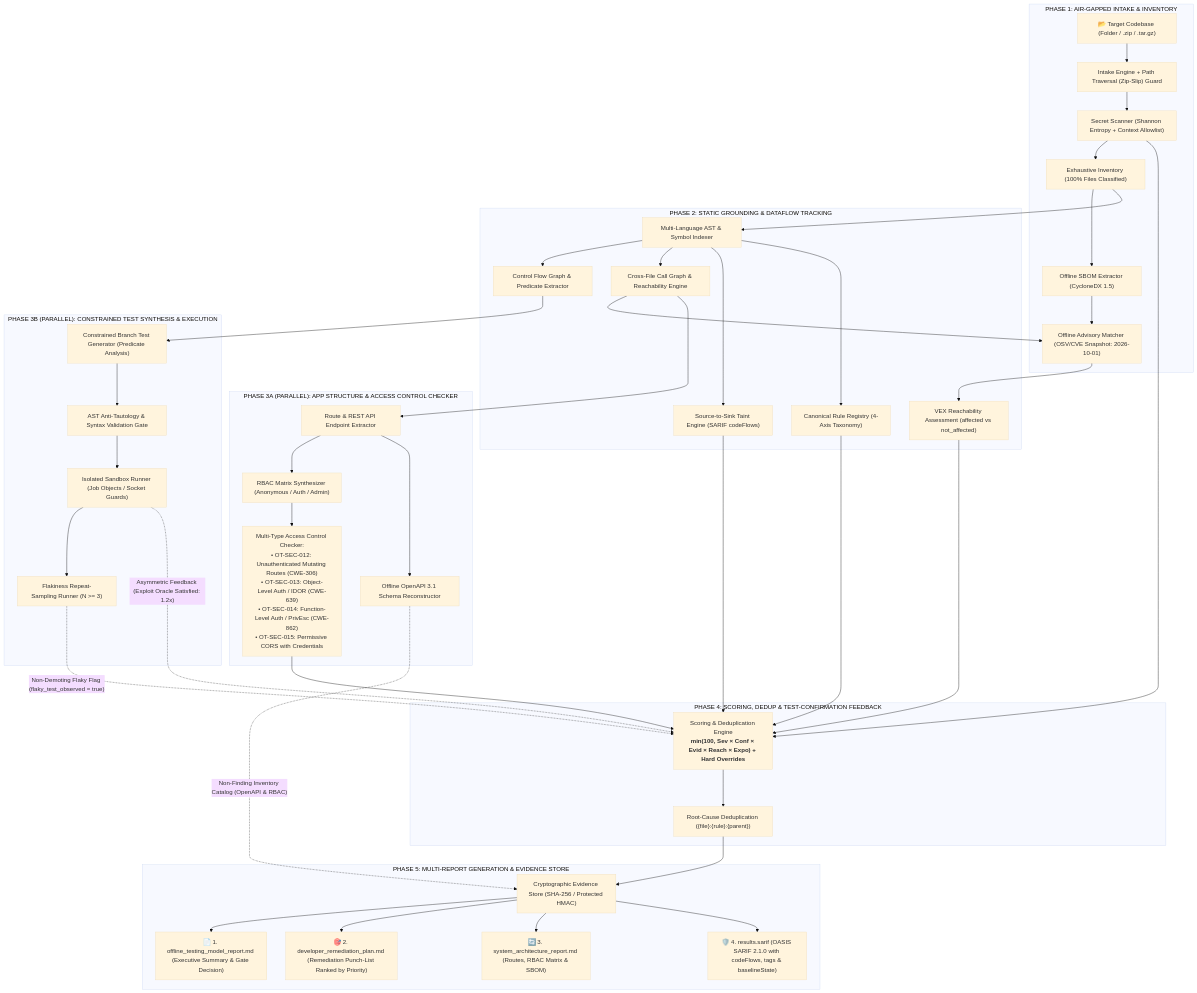
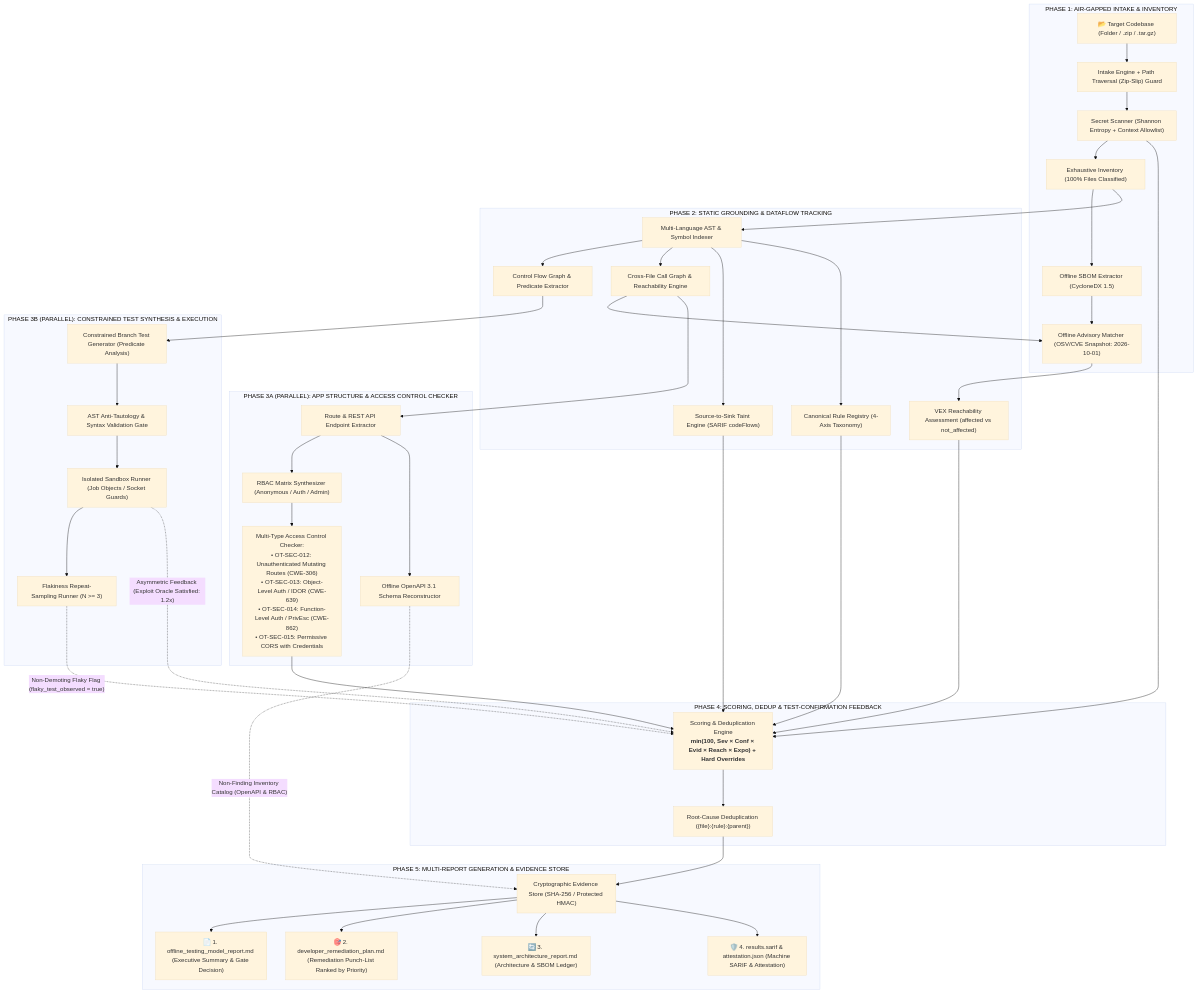
Before and after one commit to vishalbhardwaj-source/Offline-Model-Test: the diagram in README.md, drawn with Mermaid (base theme). The commit also changed other lines of this file and 1 other file, not shown here.

Commit message:
docs: align report descriptions with diagram, document non-finding inventory route, and harmonize architecture details

````diff
--- a/README.md
+++ b/README.md
@@ -32,60 +32,60 @@
 ```mermaid
 flowchart TD
     subgraph P1["PHASE 1: AIR-GAPPED INTAKE & INVENTORY"]
         Target["📂 Target Codebase (Folder / .zip / .tar.gz)"] --> IntakeEngine["Intake Engine + Path Traversal (Zip-Slip) Guard"]
         IntakeEngine --> SecretScan["Secret Scanner (Shannon Entropy + Context Allowlist)"]
         SecretScan --> InvEngine["Exhaustive Inventory (100% Files Classified)"]
         InvEngine --> SBOMGen["Offline SBOM Extractor (CycloneDX 1.5)"]
         SBOMGen --> AdvisoryMatcher["Offline Advisory Matcher (OSV/CVE Snapshot: 2026-10-01)"]
     end
 
     subgraph P2["PHASE 2: STATIC GROUNDING & DATAFLOW TRACKING"]
         InvEngine --> ASTParser["Multi-Language AST & Symbol Indexer"]
         ASTParser --> CFG["Control Flow Graph & Predicate Extractor"]
         ASTParser --> CallGraph["Cross-File Call Graph & Reachability Engine"]
         ASTParser --> TaintEngine["Source-to-Sink Taint Engine (SARIF codeFlows)"]
         ASTParser --> RuleRegistry["Canonical Rule Registry (4-Axis Taxonomy)"]
         CallGraph --> AdvisoryMatcher
         AdvisoryMatcher --> VEXStatus["VEX Reachability Assessment (affected vs not_affected)"]
     end
 
     %% Parallel Execution Fork from Phase 2
     CallGraph --> RouteExtract
     CFG --> TestGen
 
     subgraph P3A["PHASE 3A (PARALLEL): APP STRUCTURE & ACCESS CONTROL CHECKER"]
         RouteExtract["Route & REST API Endpoint Extractor"] --> RBAC["RBAC Matrix Synthesizer (Anonymous / Auth / Admin)"]
         RBAC --> RBACFindings["Multi-Type Access Control Checker:<br/>• OT-SEC-012: Unauthenticated Mutating Routes (CWE-306)<br/>• OT-SEC-013: Object-Level Auth / IDOR (CWE-639)<br/>• OT-SEC-014: Function-Level Auth / PrivEsc (CWE-862)<br/>• OT-SEC-015: Permissive CORS with Credentials"]
         RouteExtract --> OpenAPI["Offline OpenAPI 3.1 Schema Reconstructor"]
     end
 
     subgraph P3B["PHASE 3B (PARALLEL): CONSTRAINED TEST SYNTHESIS & EXECUTION"]
         TestGen["Constrained Branch Test Generator (Predicate Analysis)"] --> ValidationGate["AST Anti-Tautology & Syntax Validation Gate"]
         ValidationGate --> SandboxRunner["Isolated Sandbox Runner (Job Objects / Socket Guards)"]
         SandboxRunner --> FlakyQuarantine["Flakiness Repeat-Sampling Runner (N >= 3)"]
     end
 
-    %% All-Source Convergence to Phase 4 (No Bypassing)
+    %% All-Source Convergence to Phase 4 (All defect/vulnerability sources)
     RBACFindings --> ScoringEngine
     VEXStatus --> ScoringEngine
     TaintEngine --> ScoringEngine
     RuleRegistry --> ScoringEngine
     SecretScan --> ScoringEngine
 
     %% Non-finding inventory route to Evidence Store for Report 3
     OpenAPI -.->|"Non-Finding Inventory Catalog (OpenAPI & RBAC)"| EvidenceStore
 
     subgraph P4["PHASE 4: SCORING, DEDUP & TEST-CONFIRMATION FEEDBACK"]
         SandboxRunner -.->|"Asymmetric Feedback (Exploit Oracle Satisfied: 1.2x)"| ScoringEngine["Scoring & Deduplication Engine<br/><b>min(100, Sev × Conf × Evid × Reach × Expo) + Hard Overrides</b>"]
         FlakyQuarantine -.->|"Non-Demoting Flaky Flag (flaky_test_observed = true)"| ScoringEngine
         ScoringEngine --> RootCauseClustering["Root-Cause Deduplication ({file}:{rule}:{parent})"]
     end
 
     subgraph P5["PHASE 5: MULTI-REPORT GENERATION & EVIDENCE STORE"]
         RootCauseClustering --> EvidenceStore["Cryptographic Evidence Store (SHA-256 / Protected HMAC)"]
         EvidenceStore --> Rep1["📄 1. offline_testing_model_report.md (Executive Summary & Gate Decision)"]
         EvidenceStore --> Rep2["🎯 2. developer_remediation_plan.md (Remediation Punch-List Ranked by Priority)"]
-        EvidenceStore --> Rep3["🔄 3. system_architecture_report.md (Routes, RBAC Matrix & SBOM)"]
-        EvidenceStore --> Rep4["🛡️ 4. results.sarif (OASIS SARIF 2.1.0 with codeFlows, tags & baselineState)"]
+        EvidenceStore --> Rep3["🔄 3. system_architecture_report.md (Architecture & SBOM Ledger)"]
+        EvidenceStore --> Rep4["🛡️ 4. results.sarif & attestation.json (Machine SARIF & Attestation)"]
     end
 ```
````
